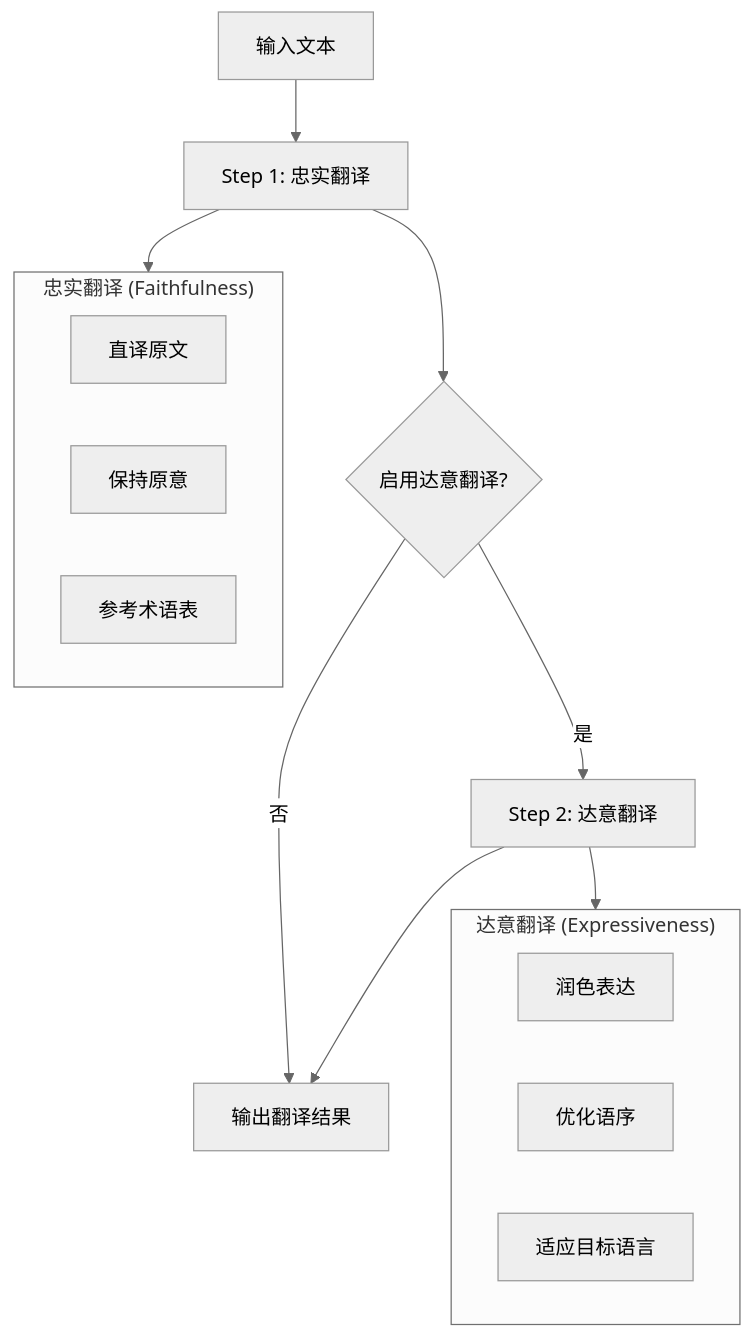
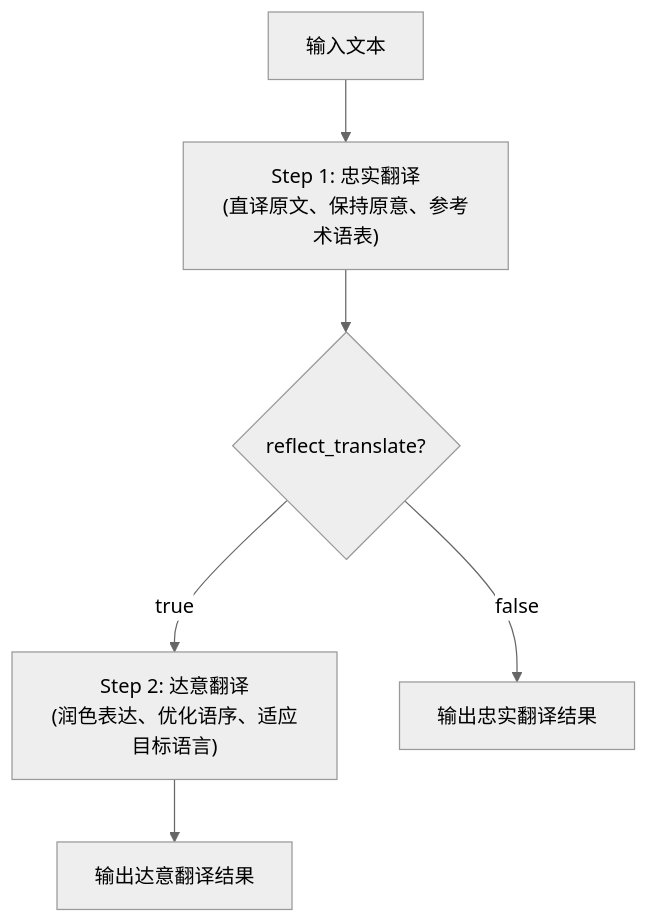
The eighth of 19 diagrams in docs/ARCHITECTURE.md (NuoManDai/VedioAITranslateSub), drawn with Mermaid (neutral theme) before and after one commit. The commit also changed other lines of this file and 45 other files, not shown here.

````diff
--- a/docs/ARCHITECTURE.md
+++ b/docs/ARCHITECTURE.md
@@ -334,23 +586,8 @@
 ```mermaid
 flowchart TD
-    A[输入文本] --> B[Step 1: 忠实翻译]
-    B --> C{启用达意翻译?}
-    C -->|是| D[Step 2: 达意翻译]
-    C -->|否| E[输出翻译结果]
-    D --> E
-    
-    subgraph Step1["忠实翻译 (Faithfulness)"]
-        B1["直译原文"]
-        B2["保持原意"]
-        B3["参考术语表"]
-    end
-    
-    subgraph Step2["达意翻译 (Expressiveness)"]
-        D1["润色表达"]
-        D2["优化语序"]
-        D3["适应目标语言"]
-    end
-    
-    B --> Step1
-    D --> Step2
+    A[输入文本] --> B["Step 1: 忠实翻译<br/>(直译原文、保持原意、参考术语表)"]
+    B --> C{reflect_translate?}
+    C -->|true| D["Step 2: 达意翻译<br/>(润色表达、优化语序、适应目标语言)"]
+    C -->|false| E[输出忠实翻译结果]
+    D --> F[输出达意翻译结果]
 ```
````
